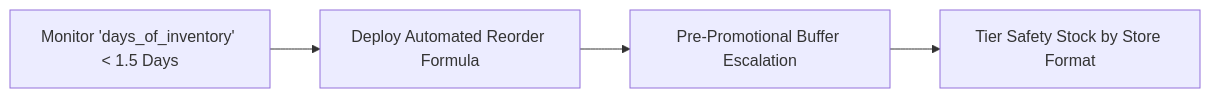
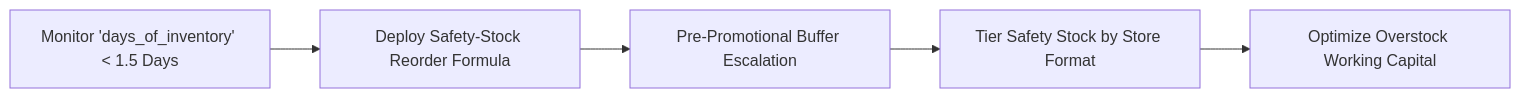
The second of 2 diagrams in Day_2/StockSense/README.md (Nightwing-007/IntelliData_Data_Science_Hackathon), drawn with Mermaid before and after one commit. The commit also changed other lines of this file and 12 other files, not shown here.

Commit message:
feat: deploy StockSense v2.0 with advanced safety stock heuristics, EWMA forecasting, Plotly dashboard, and fix Q42 verification paths

````diff
--- a/Day_2/StockSense/README.md
+++ b/Day_2/StockSense/README.md
@@ -103,6 +165,7 @@
 ```mermaid
 flowchart LR
-    A["Monitor 'days_of_inventory' < 1.5 Days"] --> B["Deploy Automated Reorder Formula"]
+    A["Monitor 'days_of_inventory' < 1.5 Days"] --> B["Deploy Safety-Stock Reorder Formula"]
     B --> C["Pre-Promotional Buffer Escalation"]
     C --> D["Tier Safety Stock by Store Format"]
+    D --> E["Optimize Overstock Working Capital"]
 ```
````
